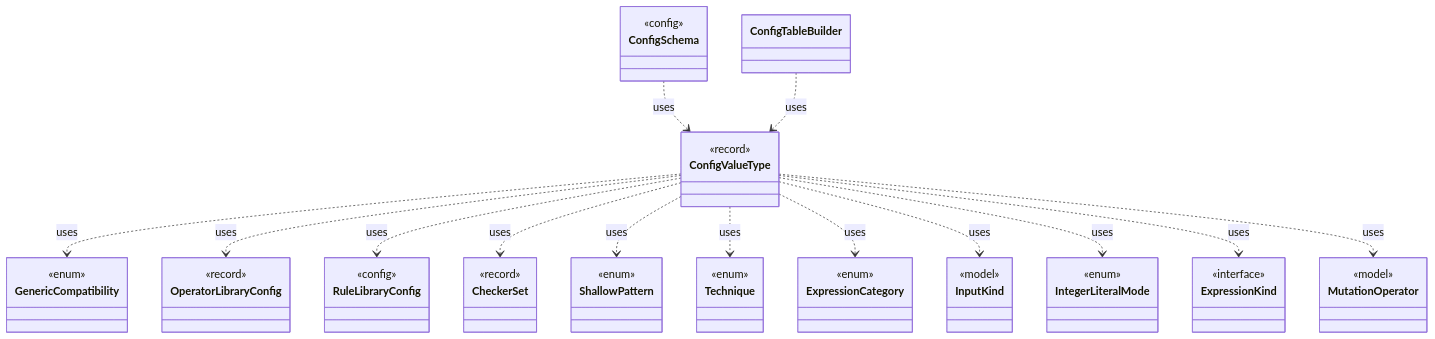
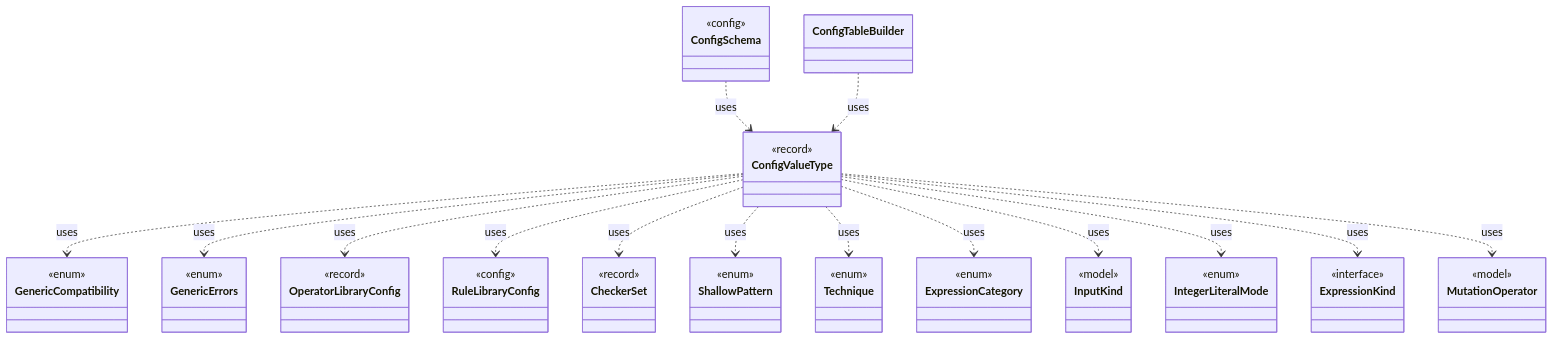
One commit to tlaplus/model-checker-hardening changed the diagram in dev/types/io.github.tlaplus.hardening.config.ConfigValueType.md. Above: the diagram before and after it, drawn with Mermaid. The commit also changed other lines of this file and 425 other files, not shown here.

````diff
--- a/dev/types/io.github.tlaplus.hardening.config.ConfigValueType.md
+++ b/dev/types/io.github.tlaplus.hardening.config.ConfigValueType.md
@@ -7,56 +7,60 @@
 ```mermaid
 classDiagram
   class ConfigValueType {
     <<record>>
   }
   class GenericCompatibility {
+    <<enum>>
+  }
+  class GenericErrors {
     <<enum>>
   }
   class OperatorLibraryConfig {
     <<record>>
   }
   class RuleLibraryConfig {
     <<config>>
   }
   class CheckerSet {
     <<record>>
   }
   class ShallowPattern {
     <<enum>>
   }
   class Technique {
     <<enum>>
   }
   class ExpressionCategory {
     <<enum>>
   }
   class InputKind {
     <<model>>
   }
   class IntegerLiteralMode {
     <<enum>>
   }
   class ExpressionKind {
     <<interface>>
   }
   class MutationOperator {
     <<model>>
   }
   class ConfigSchema {
     <<config>>
   }
   class ConfigTableBuilder
   ConfigValueType ..> GenericCompatibility : uses
+  ConfigValueType ..> GenericErrors : uses
   ConfigValueType ..> OperatorLibraryConfig : uses
   ConfigValueType ..> RuleLibraryConfig : uses
   ConfigValueType ..> CheckerSet : uses
   ConfigValueType ..> ShallowPattern : uses
   ConfigValueType ..> Technique : uses
   ConfigValueType ..> ExpressionCategory : uses
   ConfigValueType ..> InputKind : uses
   ConfigValueType ..> IntegerLiteralMode : uses
   ConfigValueType ..> ExpressionKind : uses
   ConfigValueType ..> MutationOperator : uses
   ConfigSchema ..> ConfigValueType : uses
   ConfigTableBuilder ..> ConfigValueType : uses
 ```
````
